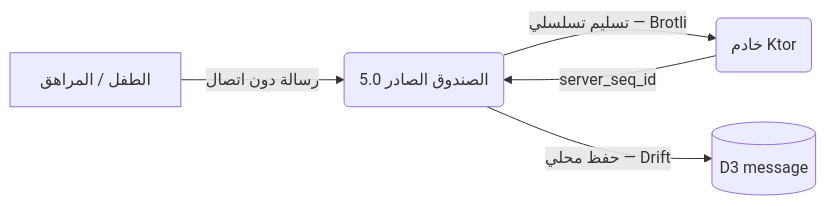
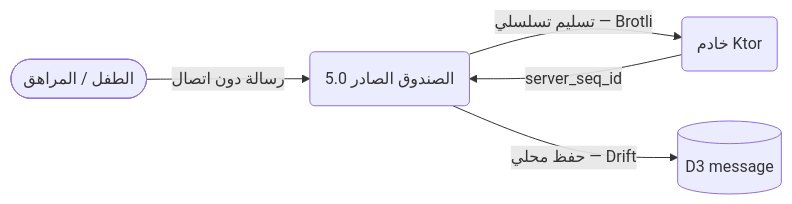
Before and after one commit to Bassam-mohammed-alqaeadi/family-os-v2: diagram 23 of 27 in docs/family-os/governance/phases/phase-1/S1-08-chat-basic/DIAGRAMS.md, drawn with Mermaid. The commit also changed other lines of this file, not shown here.

````diff
--- a/docs/family-os/governance/phases/phase-1/S1-08-chat-basic/DIAGRAMS.md
+++ b/docs/family-os/governance/phases/phase-1/S1-08-chat-basic/DIAGRAMS.md
@@ -834,12 +836,12 @@
 ```mermaid
 flowchart LR
-    Minor[الطفل / المراهق]
+    Minor([الطفل / المراهق])
     Ktor(خادم Ktor)
     P5(5.0 الصندوق الصادر)
     D3[(D3 message)]
 
     Minor -->|رسالة دون اتصال| P5
     P5 -->|تسليم تسلسلي — Brotli| Ktor
     Ktor -->|server_seq_id| P5
     P5 -->|حفظ محلي — Drift| D3
 ```
````
